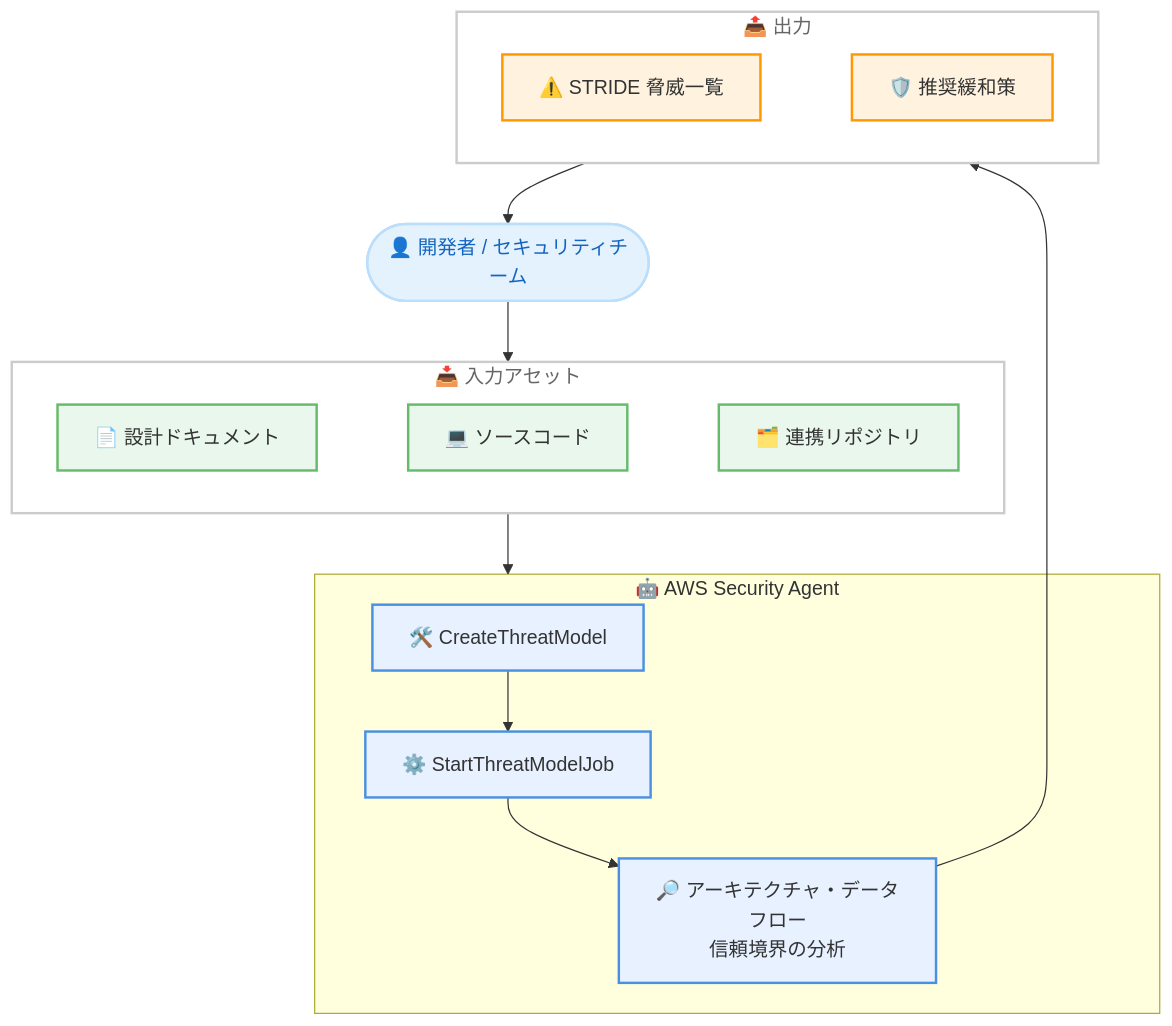
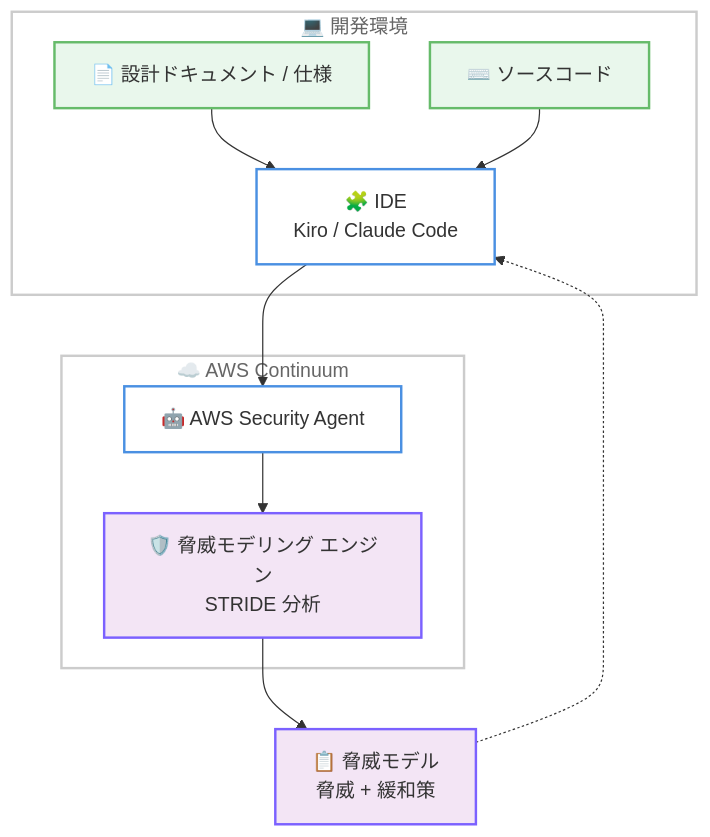
The diagram in reports/2026/2026-06-17-aws-security-agent-threat-modeling.md (takech9203/aws-news-summary), drawn with Mermaid before and after one commit. The commit also changed other lines of this file and 27 other files, not shown here.

````diff
--- a/reports/2026/2026-06-17-aws-security-agent-threat-modeling.md
+++ b/reports/2026/2026-06-17-aws-security-agent-threat-modeling.md
@@ -36,41 +32,32 @@
 ```mermaid
 flowchart TD
-    subgraph Input["📥 入力アセット"]
-        direction LR
-        Docs["📄 設計ドキュメント"]
-        Code["💻 ソースコード"]
-        Repo["🗂️ 連携リポジトリ"]
-        Docs ~~~ Code ~~~ Repo
+    subgraph Dev["💻 開発環境"]
+        Spec["📄 設計ドキュメント / 仕様"]
+        Code["⌨️ ソースコード"]
+        IDE["🧩 IDE<br/>Kiro / Claude Code"]
     end
 
-    subgraph Agent["🤖 AWS Security Agent"]
-        Create["🛠️ CreateThreatModel"]
-        Job["⚙️ StartThreatModelJob"]
-        Analyze["🔎 アーキテクチャ・データフロー<br/>信頼境界の分析"]
-        Create --> Job --> Analyze
+    subgraph Continuum["☁️ AWS Continuum"]
+        Agent["🤖 AWS Security Agent"]
+        TM["🛡️ 脅威モデリング エンジン<br/>STRIDE 分析"]
     end
 
-    subgraph Output["📤 出力"]
-        direction LR
-        Threats["⚠️ STRIDE 脅威一覧"]
-        Mitigation["🛡️ 推奨緩和策"]
-        Threats ~~~ Mitigation
-    end
+    Result["📋 脅威モデル<br/>脅威 + 緩和策"]
 
-    Dev(["👤 開発者 / セキュリティチーム"]) --> Input
-    Input --> Agent
-    Analyze --> Output
-    Output --> Dev
+    Spec --> IDE
+    Code --> IDE
+    IDE --> Agent
+    Agent --> TM
+    TM --> Result
+    Result -.-> IDE
 
     classDef cloud fill:none,stroke:#CCCCCC,stroke-width:2px,color:#666666
+    classDef process fill:#FFFFFF,stroke:#4A90E2,stroke-width:2px,color:#333333
     classDef input fill:#E9F7EC,stroke:#66BB6A,stroke-width:2px,color:#333333
-    classDef internal fill:#E8F1FF,stroke:#4A90E2,stroke-width:2px,color:#333333
-    classDef warning fill:#FFF3E0,stroke:#FF9800,stroke-width:2px,color:#333333
-    classDef user fill:#E3F2FD,stroke:#BBDEFB,stroke-width:2px,color:#1565C0
+    classDef decision fill:#F3E5F5,stroke:#7B61FF,stroke-width:2px,color:#333333
 
-    class Input,Output cloud
-    class Docs,Code,Repo input
-    class Create,Job,Analyze internal
-    class Threats,Mitigation warning
-    class Dev user
+    class Dev,Continuum cloud
+    class Agent,IDE process
+    class Spec,Code input
+    class TM,Result decision
 ```
````
